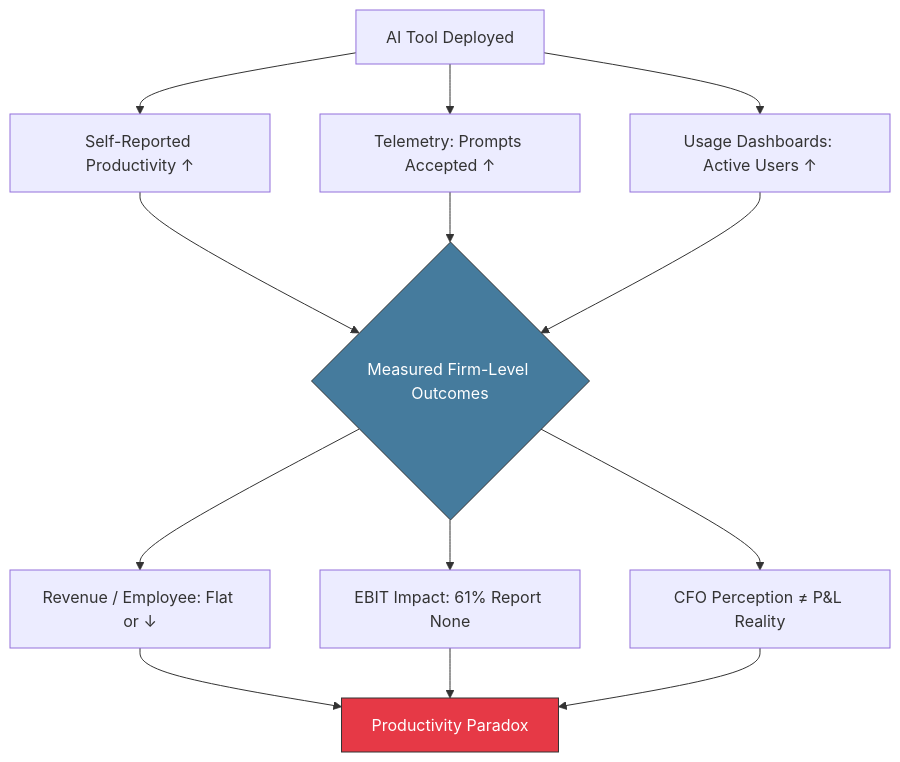
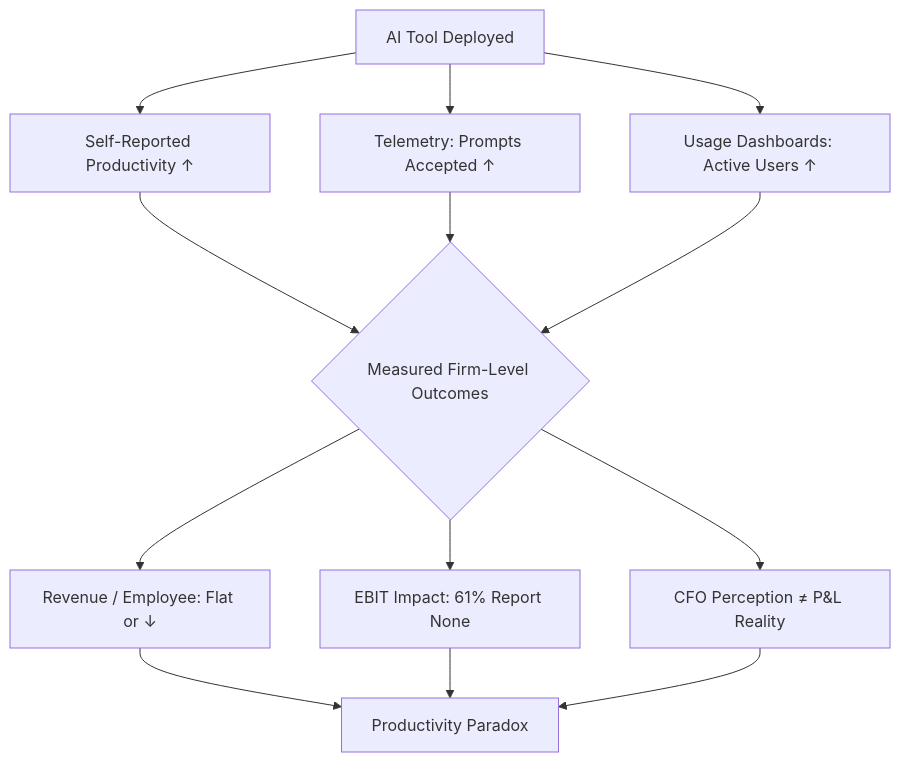
Before and after one commit to TarrySingh/tarrysingh-com: the diagram in content/blog/the-productivity-mirage-why-19-per-cent-of.mdx, drawn with Mermaid. The commit also changed other lines of this file and 115 other files, not shown here.

````diff
--- a/content/blog/the-productivity-mirage-why-19-per-cent-of.mdx
+++ b/content/blog/the-productivity-mirage-why-19-per-cent-of.mdx
@@ -73,17 +73,16 @@
 ```mermaid
+%% caption: The wedge between activity metrics (usage, prompts, sentiment) and firm outcomes (revenue per employee, EBIT impact) defines the 2026 AI productivity measurement crisis.
 flowchart TD
     A[AI Tool Deployed] --> B[Self-Reported Productivity ↑]
     A --> C[Telemetry: Prompts Accepted ↑]
     A --> D[Usage Dashboards: Active Users ↑]
     B --> E{Measured Firm-Level Outcomes}
     C --> E
     D --> E
     E --> F[Revenue / Employee: Flat or ↓]
     E --> G[EBIT Impact: 61% Report None]
     E --> H[CFO Perception ≠ P&L Reality]
     F --> I[Productivity Paradox]
     G --> I
     H --> I
-    style I fill:#e63946,stroke:#333,color:#fff
-    style E fill:#457b9d,stroke:#333,color:#fff
 ```
````
